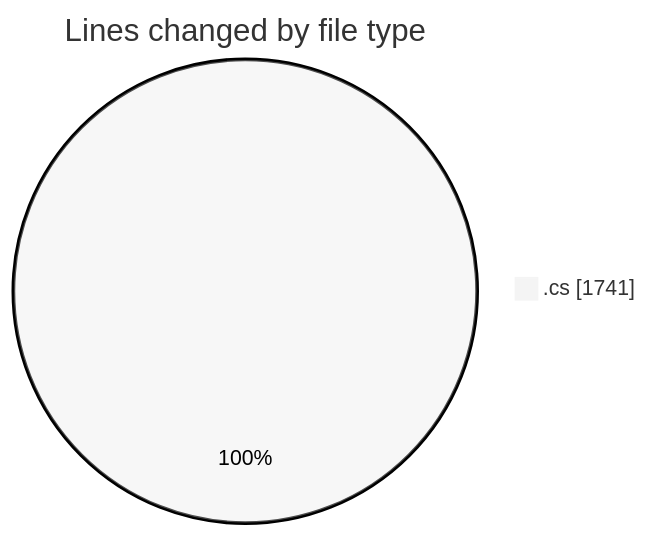
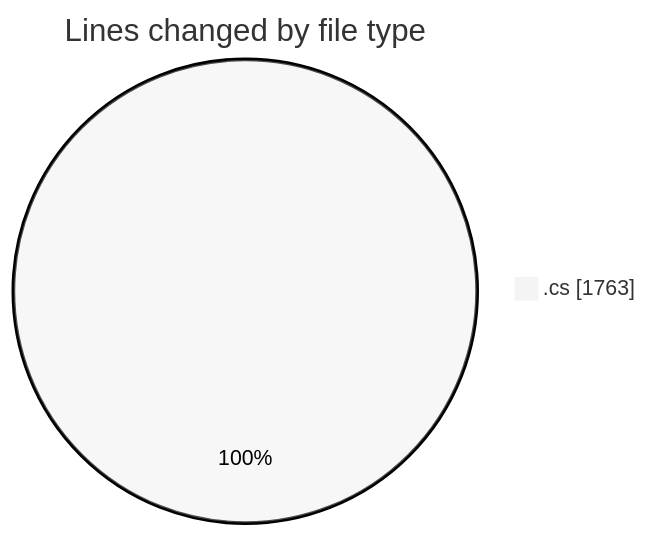
One commit to Netris89/code-tracking changed the first of 2 diagrams in 2025-03-26/back-end/README.md. Above: the diagram before and after it, drawn with Mermaid (neutral theme). The commit also changed other lines of this file and 1 other file, not shown here.

````diff
--- a/2025-03-26/back-end/README.md
+++ b/2025-03-26/back-end/README.md
@@ -33,5 +34,5 @@
 ```mermaid
 pie showData
 title Lines changed by file type
-".cs" : 1741
+".cs" : 1763
 ```
````
